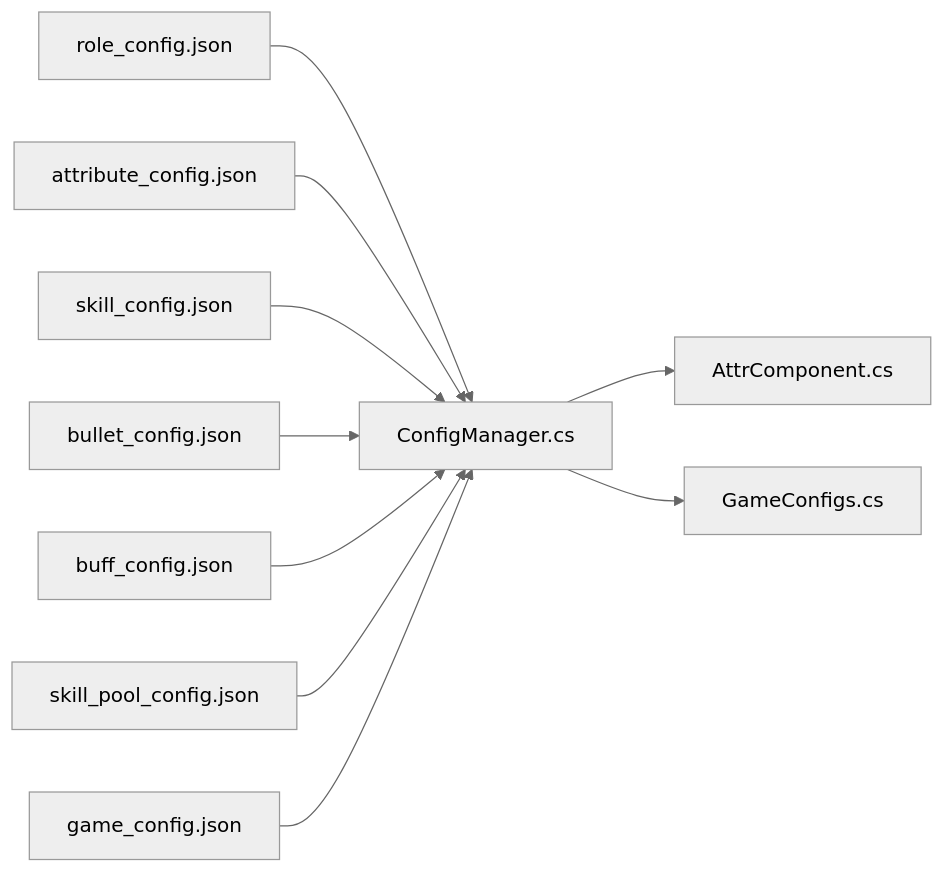
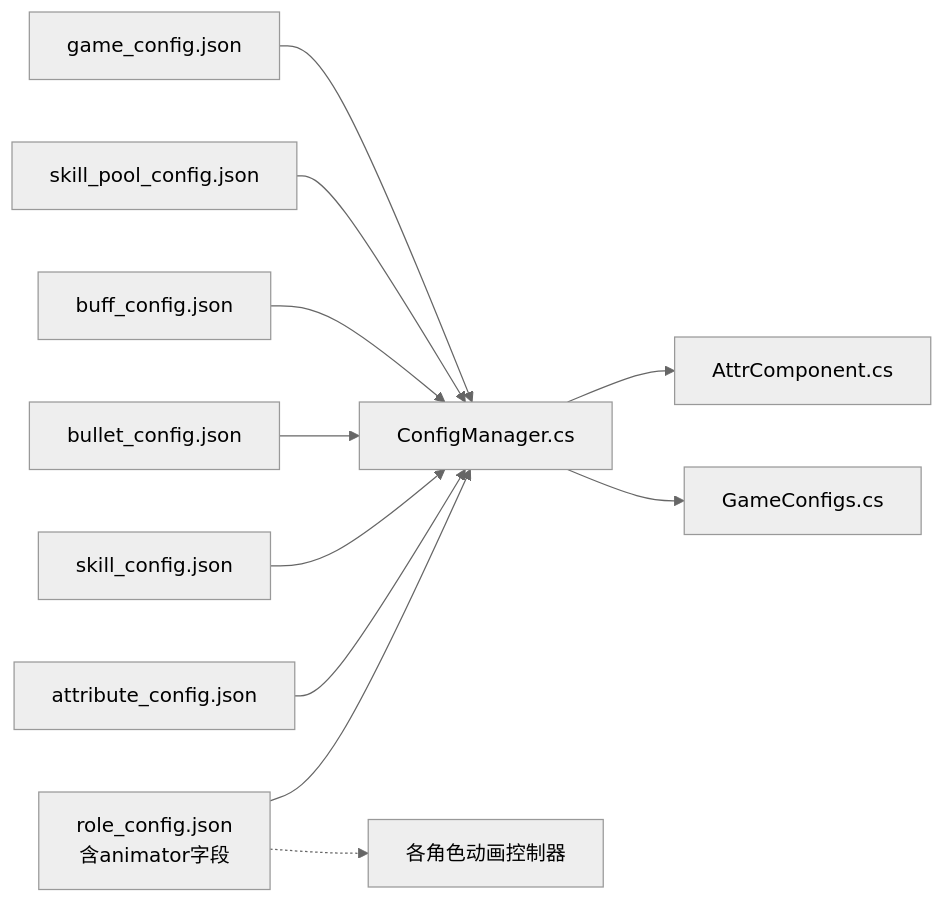
Before and after one commit to Tuusen/p1_client: the fifth of 5 diagrams in .qoder/repowiki/zh/content/配置管理系统/配置文件类型/角色配置文件.md, drawn with Mermaid (neutral theme). The commit also changed other lines of this file and 13 other files, not shown here.

````diff
--- a/.qoder/repowiki/zh/content/配置管理系统/配置文件类型/角色配置文件.md
+++ b/.qoder/repowiki/zh/content/配置管理系统/配置文件类型/角色配置文件.md
@@ -380,12 +399,13 @@
 ```mermaid
 graph LR
-RC["role_config.json"] --> CM["ConfigManager.cs"]
+RC["role_config.json<br/>含animator字段"] --> CM["ConfigManager.cs"]
 AC["attribute_config.json"] --> CM
 SK["skill_config.json"] --> CM
 BC["bullet_config.json"] --> CM
 BF["buff_config.json"] --> CM
 SP["skill_pool_config.json"] --> CM
 GC["game_config.json"] --> CM
 CM --> ATC["AttrComponent.cs"]
 CM --> GCFG["GameConfigs.cs"]
+RC -.-> ANIM["各角色动画控制器"]
 ```
````
